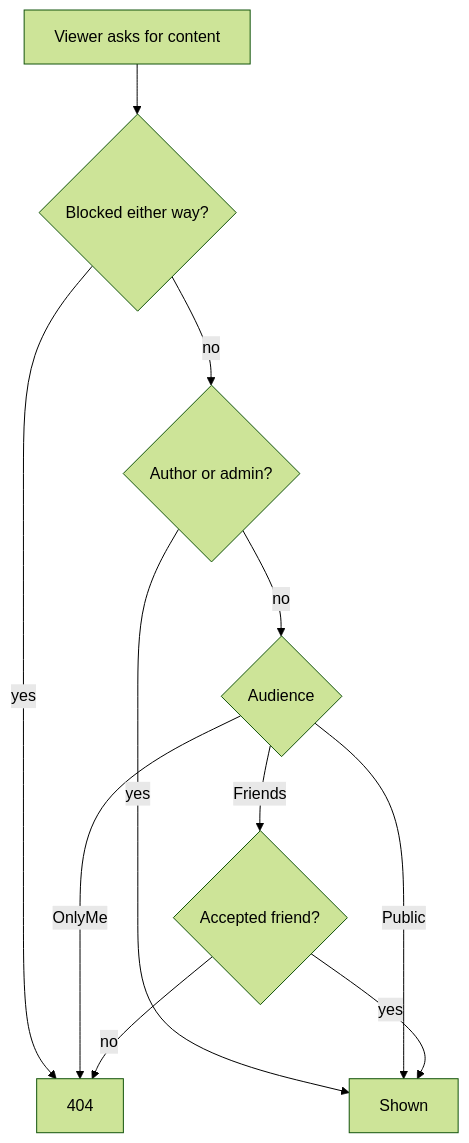
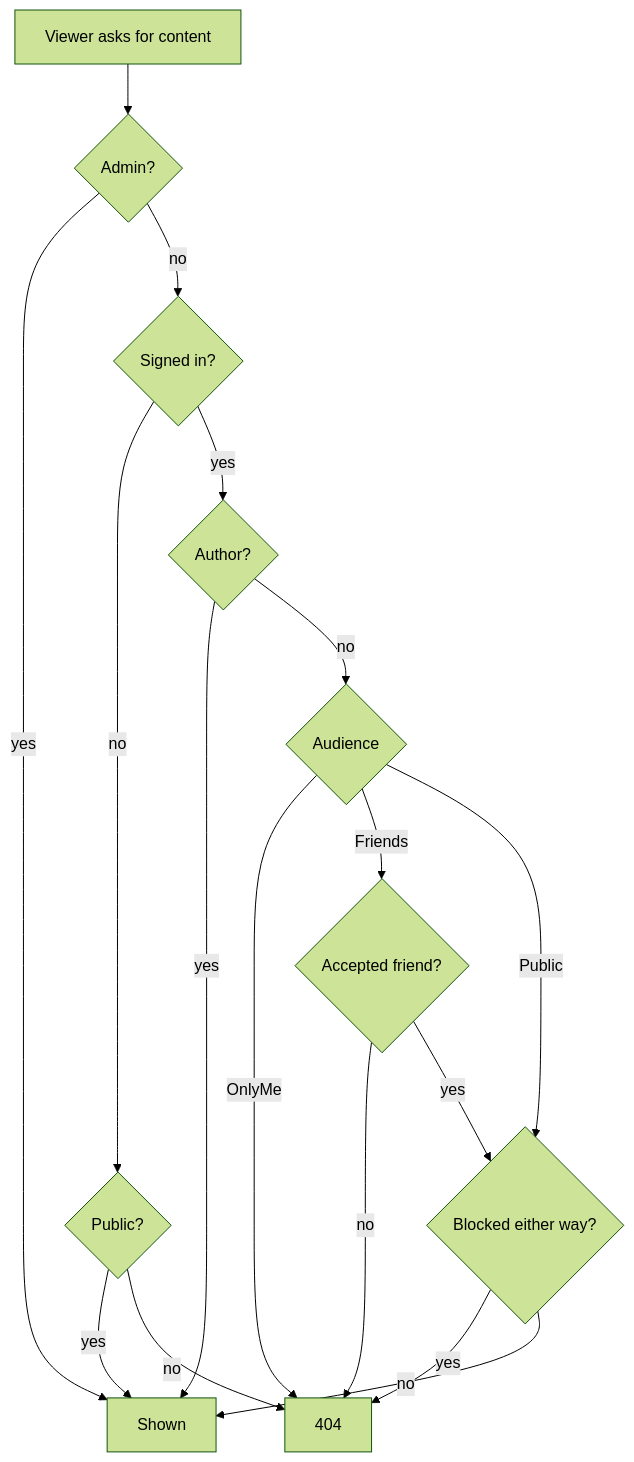
One commit to trism-prism/anime-rating-platform changed the sixth of 10 diagrams in docs/data.md. Above: the diagram before and after it, drawn with Mermaid (forest theme). The commit also changed other lines of this file and 4 other files, not shown here.

Commit message:
Docs: fix visibility rule order, add account schema, constraints, rating write, series grouping, email change, AniList import, review flow, request pipeline, startup

````diff
--- a/docs/data.md
+++ b/docs/data.md
@@ -98,13 +175,19 @@
 ```mermaid
 flowchart TD
-  Q[Viewer asks for content] --> B{Blocked either way?}
-  B -->|yes| N[404]
-  B -->|no| A{Author or admin?}
-  A -->|yes| Y[Shown]
-  A -->|no| AU{Audience}
-  AU -->|Public| Y
-  AU -->|Friends| F{Accepted friend?}
-  AU -->|OnlyMe| N
-  F -->|yes| Y
+  Q[Viewer asks for content] --> AD{Admin?}
+  AD -->|yes| Y[Shown]
+  AD -->|no| SI{Signed in?}
+  SI -->|no| PU{Public?}
+  PU -->|yes| Y
+  PU -->|no| N[404]
+  SI -->|yes| AU{Author?}
+  AU -->|yes| Y
+  AU -->|no| AUD{Audience}
+  AUD -->|OnlyMe| N
+  AUD -->|Friends| F{Accepted friend?}
   F -->|no| N
+  F -->|yes| B
+  AUD -->|Public| B{Blocked either way?}
+  B -->|yes| N
+  B -->|no| Y
 ```
````
